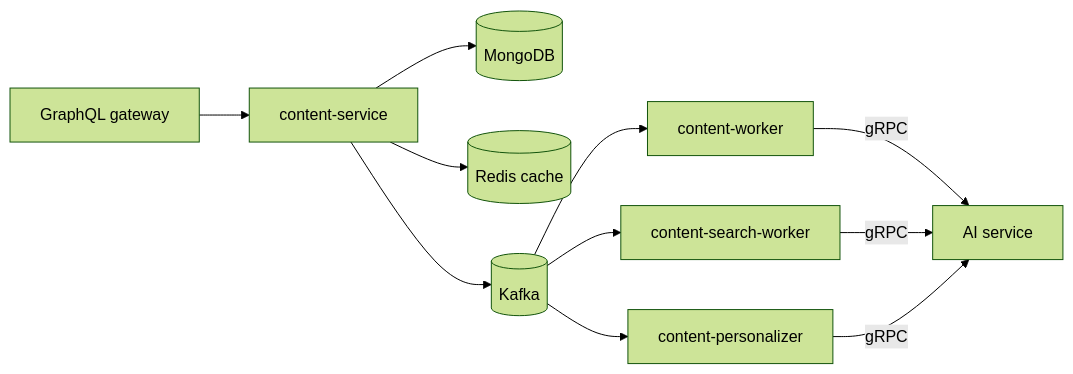
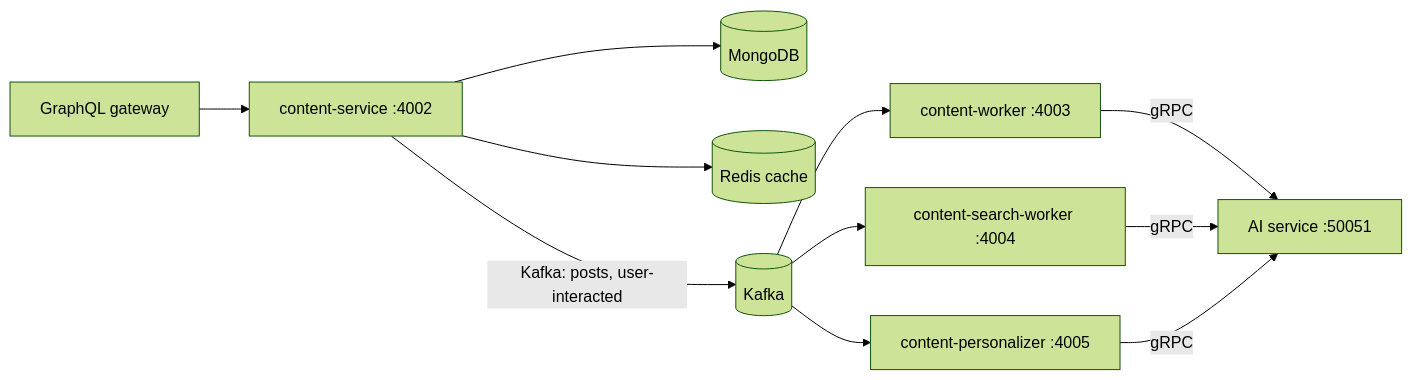
Before and after one commit to kunalPisolkar24/topos: the diagram in services/content/docs/README.md, drawn with Mermaid (forest theme). The commit also changed other lines of this file and 17 other files, not shown here.

Commit message:
Rewrite content service docs for beginners

````diff
--- a/services/content/docs/README.md
+++ b/services/content/docs/README.md
@@ -26,13 +107,13 @@
 ```mermaid
 flowchart LR
-    gateway[GraphQL gateway] --> api[content-service]
+    gw[GraphQL gateway] --> api[content-service :4002]
     api --> mongo[(MongoDB)]
     api --> redis[(Redis cache)]
-    api --> kafka[(Kafka)]
-    kafka --> summary[content-worker]
-    kafka --> search[content-search-worker]
-    kafka --> profile[content-personalizer]
-    summary -->|gRPC| ai[AI service]
-    search -->|gRPC| ai
-    profile -->|gRPC| ai
+    api -->|Kafka: posts, user-interacted| kafka[(Kafka)]
+    kafka --> sw[content-worker :4003]
+    kafka --> siw[content-search-worker :4004]
+    kafka --> pc[content-personalizer :4005]
+    sw -->|gRPC| ai[AI service :50051]
+    siw -->|gRPC| ai
+    pc -->|gRPC| ai
 ```
````
